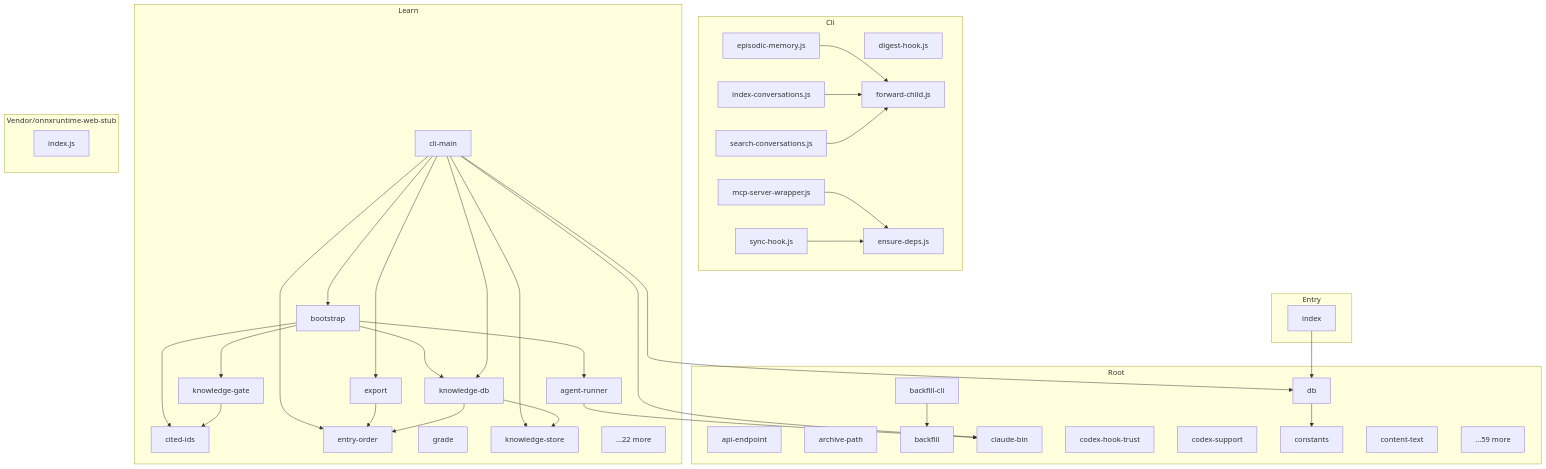
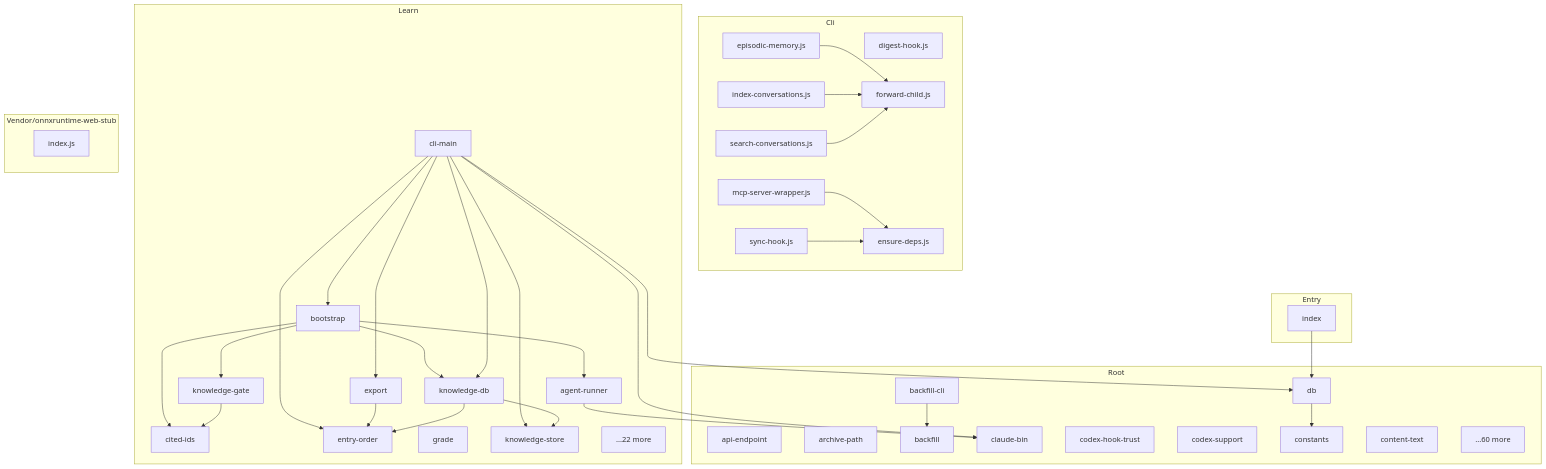
The diagram in docs/architecture/DEPENDENCY_GRAPH.md (danielsimonjr/episodic-memory), drawn with Mermaid before and after one commit. The commit also changed other lines of this file and 28 other files, not shown here.

````diff
--- a/docs/architecture/DEPENDENCY_GRAPH.md
+++ b/docs/architecture/DEPENDENCY_GRAPH.md
@@ -2127,74 +2130,74 @@
 ```mermaid
 graph TD
     subgraph Cli
         N0[digest-hook.js]
         N1[ensure-deps.js]
         N2[episodic-memory.js]
         N3[forward-child.js]
         N4[index-conversations.js]
         N5[mcp-server-wrapper.js]
         N6[search-conversations.js]
         N7[sync-hook.js]
     end
 
     subgraph Root
         N8[api-endpoint]
         N9[archive-path]
         N10[backfill-cli]
         N11[backfill]
         N12[claude-bin]
         N13[codex-hook-trust]
         N14[codex-support]
         N15[constants]
         N16[content-text]
         N17[db]
-        N18[...59 more]
+        N18[...60 more]
     end
 
     subgraph Entry
         N19[index]
     end
 
     subgraph Learn
         N20[agent-runner]
         N21[bootstrap]
         N22[cited-ids]
         N23[cli-main]
         N24[entry-order]
         N25[export]
         N26[grade]
         N27[knowledge-db]
         N28[knowledge-gate]
         N29[knowledge-store]
         N30[...22 more]
     end
 
     subgraph Vendor/onnxruntime-web-stub
         N31[index.js]
     end
 
     N2 --> N3
     N4 --> N3
     N5 --> N1
     N6 --> N3
     N7 --> N1
     N10 --> N11
     N17 --> N15
     N19 --> N17
     N20 --> N12
     N21 --> N27
     N21 --> N28
     N21 --> N22
     N21 --> N20
     N23 --> N12
     N23 --> N27
     N23 --> N25
     N23 --> N24
     N23 --> N29
     N23 --> N17
     N23 --> N21
     N25 --> N24
     N27 --> N29
     N27 --> N24
     N28 --> N22
 ```
````
